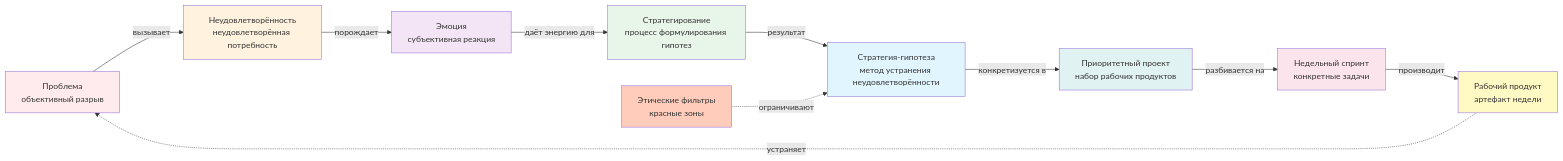
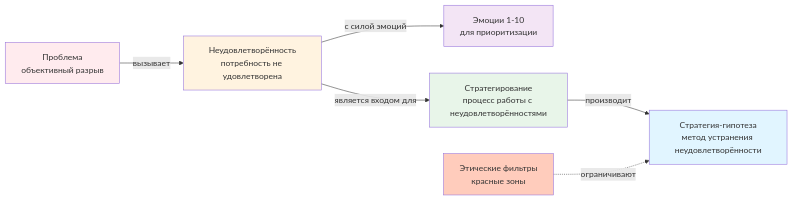
The diagram in weeks/Week_02_Direction.md (pokrovskiyv/msw-framework), drawn with Mermaid before and after one commit. The commit also changed other lines of this file and 37 other files, not shown here.

````diff
--- a/weeks/Week_02_Direction.md
+++ b/weeks/Week_02_Direction.md
@@ -138,23 +138,16 @@
 ```mermaid
 graph LR
-    A[Проблема<br/>объективный разрыв] -->|вызывает| B[Неудовлетворённость<br/>неудовлетворённая потребность]
-    B -->|порождает| C[Эмоция<br/>субъективная реакция]
-    C -->|даёт энергию для| D[Стратегирование<br/>процесс формулирования гипотез]
-    D -->|результат| E[Стратегия-гипотеза<br/>метод устранения неудовлетворённости]
-    E -->|конкретизуется в| F[Приоритетный проект<br/>набор рабочих продуктов]
-    F -->|разбивается на| G[Недельный спринт<br/>конкретные задачи]
-    G -->|производит| H[Рабочий продукт<br/>артефакт недели]
-    H -.->|устраняет| A
+    A[Проблема<br/>объективный разрыв] -->|вызывает| B[Неудовлетворённость<br/>потребность не удовлетворена]
+    B -->|с силой эмоций| C[Эмоции 1-10<br/>для приоритизации]
+    B -->|является входом для| D[Стратегирование<br/>процесс работы с неудовлетворённостями]
+    D -->|производит| E[Стратегия-гипотеза<br/>метод устранения неудовлетворённости]
     
-    I[Этические фильтры<br/>красные зоны] -.->|ограничивают| E
+    F[Этические фильтры<br/>красные зоны] -.->|ограничивают| E
     
     style A fill:#ffebee
     style B fill:#fff3e0
     style C fill:#f3e5f5
     style D fill:#e8f5e9
     style E fill:#e1f5ff
-    style F fill:#e0f2f1
-    style G fill:#fce4ec
-    style H fill:#fff9c4
-    style I fill:#ffccbc
+    style F fill:#ffccbc
 ```
````
